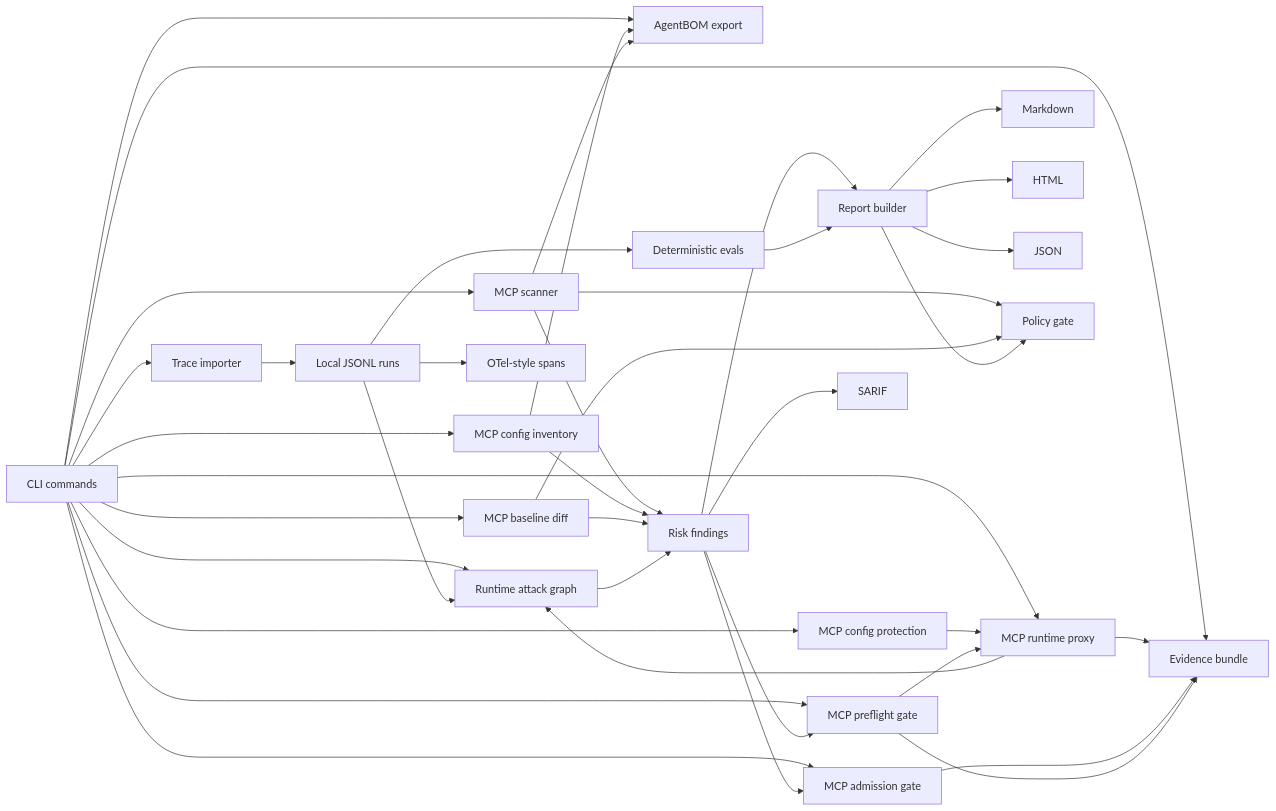
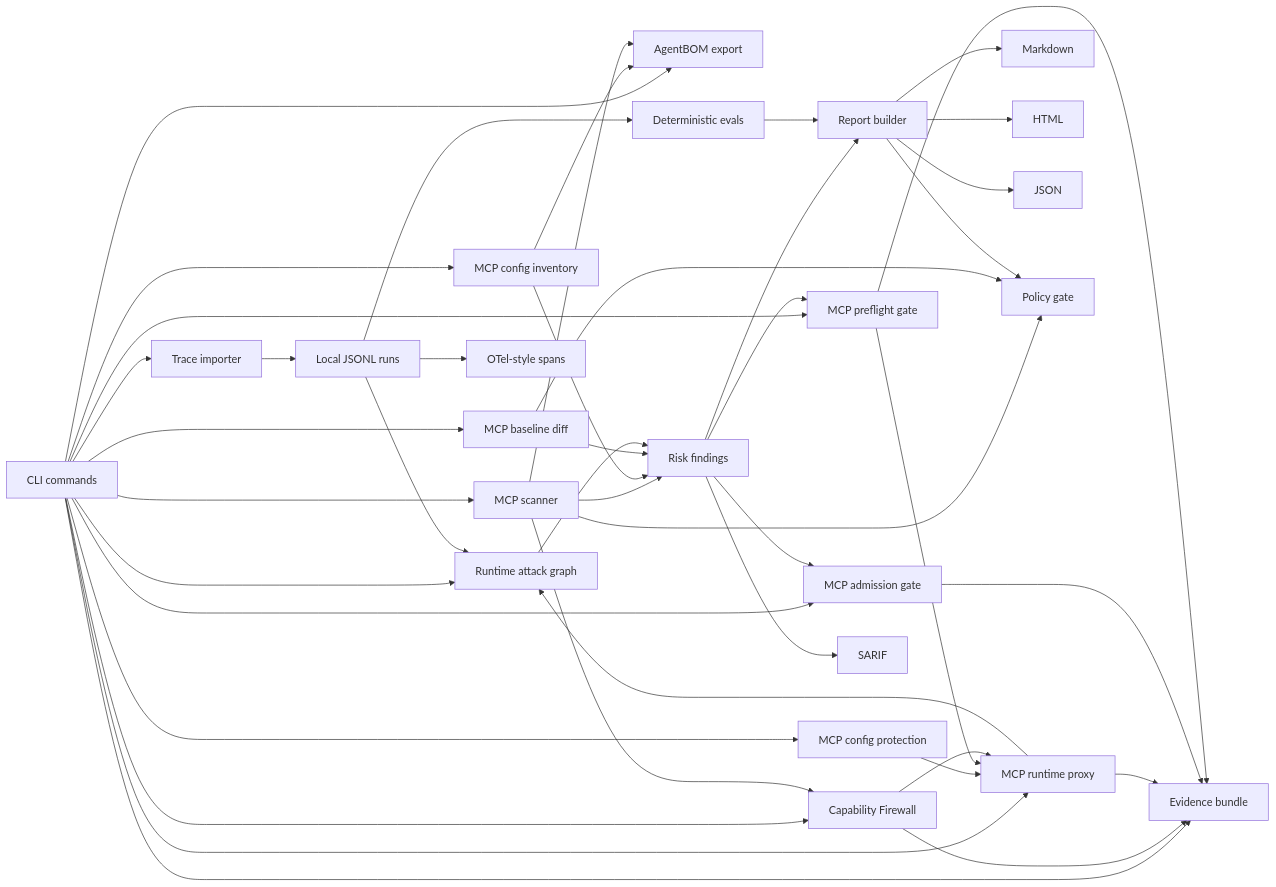
The diagram in docs/architecture.md (Gowrav-M/agentops-watchtower), drawn with Mermaid before and after one commit. The commit also changed other lines of this file and 27 other files, not shown here.

Commit message:
feat: add capability firewall

````diff
--- a/docs/architecture.md
+++ b/docs/architecture.md
@@ -5,41 +5,45 @@
 ```mermaid
 flowchart LR
   CLI["CLI commands"] --> Importer["Trace importer"]
   CLI --> Scanner["MCP scanner"]
   CLI --> Inventory["MCP config inventory"]
   CLI --> AgentBOM["AgentBOM export"]
   CLI --> Baseline["MCP baseline diff"]
   CLI --> Admission["MCP admission gate"]
   CLI --> Gate["MCP preflight gate"]
+  CLI --> Firewall["Capability Firewall"]
   CLI --> Proxy["MCP runtime proxy"]
   CLI --> Protect["MCP config protection"]
   CLI --> AttackGraph["Runtime attack graph"]
   CLI --> Evidence["Evidence bundle"]
   Importer --> Runs["Local JSONL runs"]
   Scanner --> Findings["Risk findings"]
   Inventory --> Findings
   Inventory --> AgentBOM
   Scanner --> AgentBOM
   Baseline --> Findings
   Findings --> Admission
   Findings --> Gate
+  Scanner --> Firewall
   Protect --> Proxy
   Gate --> Proxy
+  Firewall --> Proxy
+  Firewall --> Evidence
   Proxy --> AttackGraph
   Proxy --> Evidence
   Admission --> Evidence
   Gate --> Evidence
   Runs --> Evals["Deterministic evals"]
   Runs --> AttackGraph
   AttackGraph --> Findings
   Findings --> Report["Report builder"]
   Evals --> Report
   Report --> Markdown["Markdown"]
   Report --> HTML["HTML"]
   Report --> JSON["JSON"]
   Runs --> OTel["OTel-style spans"]
   Findings --> SARIF["SARIF"]
   Scanner --> Policy["Policy gate"]
   Baseline --> Policy
   Report --> Policy
 ```
````
